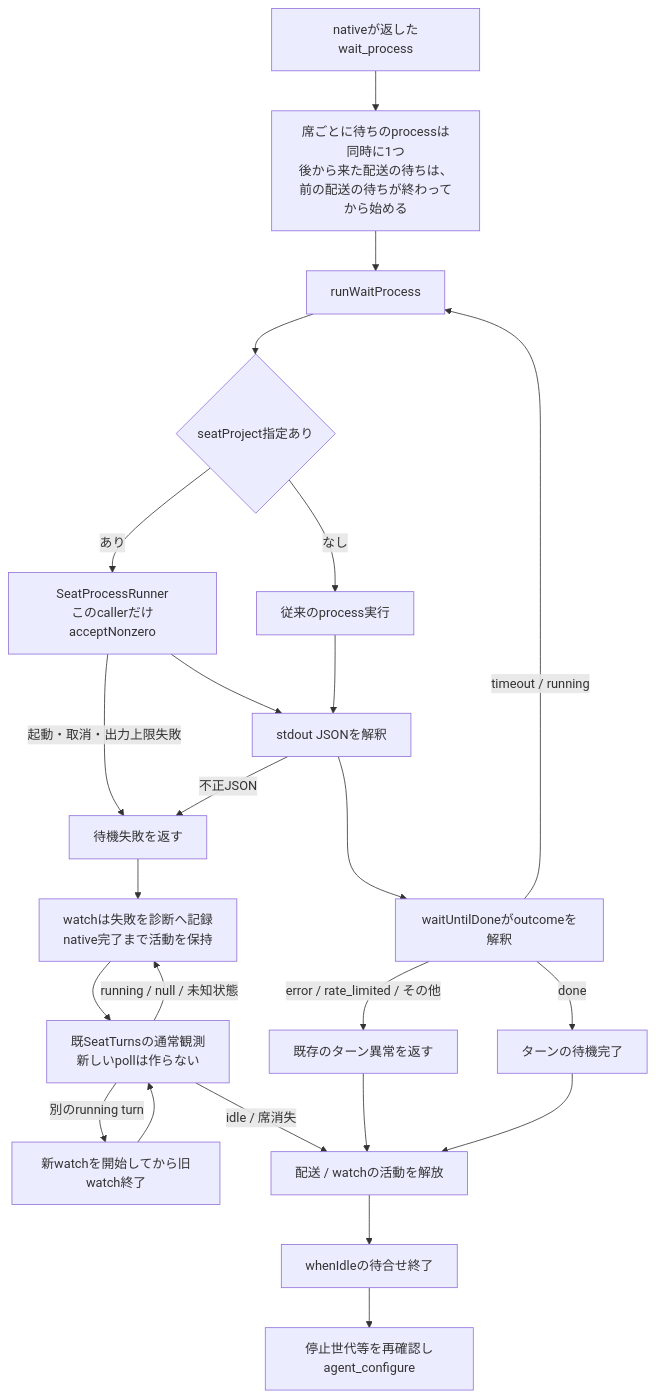
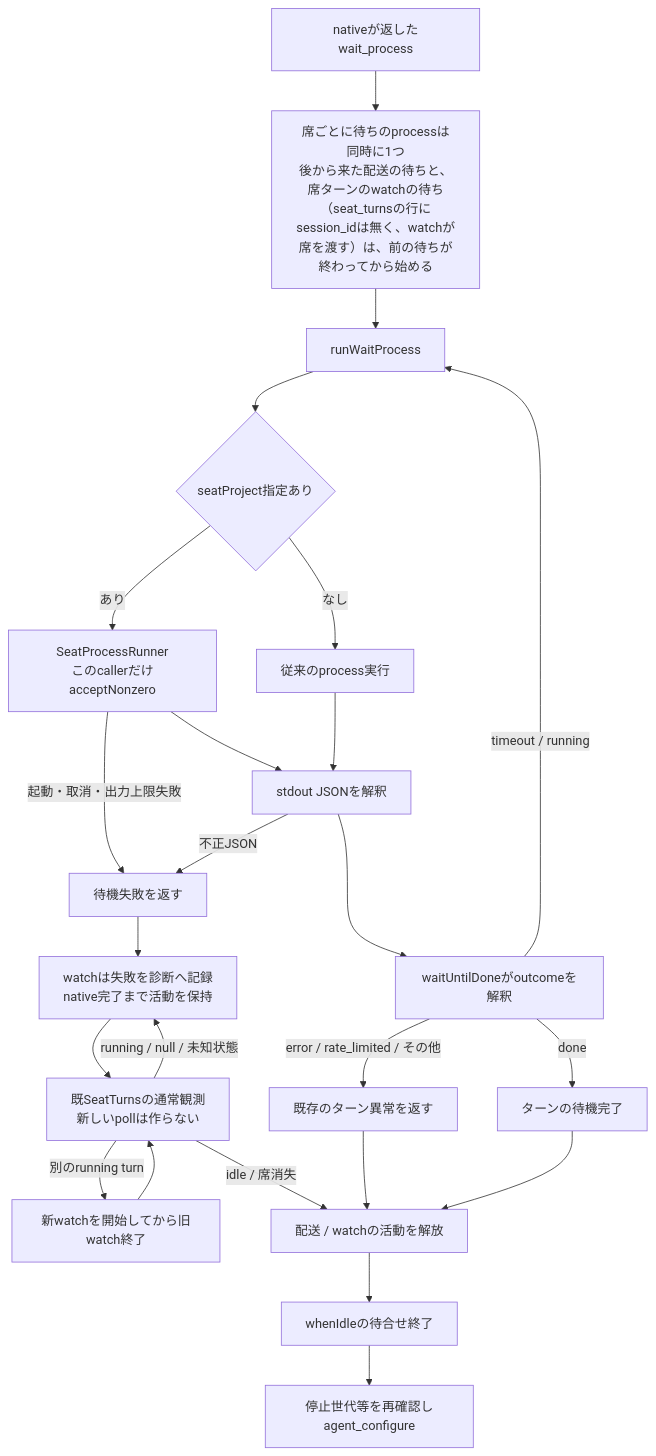
The first of 6 diagrams in docs/architecture/modules/execution/wait-contract.md (kitepon/BellTeam), drawn with Mermaid before and after one commit. The commit also changed 2 other files, not shown here.

Commit message:
execution: a watched seat turn queues its wait behind the seat's other waits (seat_turns rows carry no session_id)
Z213 live: three aiterm-wait-cli.js for one seat; the watch called waitUntilDone(turn) and the gate keyed on receipt.session_id, undefined for a turn row, so it skipped the gate.

````diff
--- a/docs/architecture/modules/execution/wait-contract.md
+++ b/docs/architecture/modules/execution/wait-contract.md
@@ -9,26 +9,26 @@
 ```mermaid
 flowchart TD
-  Descriptor["nativeが返したwait_process"] --> Share["席ごとに待ちのprocessは同時に1つ<br/>後から来た配送の待ちは、前の配送の待ちが終わってから始める"]
+  Descriptor["nativeが返したwait_process"] --> Share["席ごとに待ちのprocessは同時に1つ<br/>後から来た配送の待ちと、席ターンのwatchの待ち（seat_turnsの行にsession_idは無く、watchが席を渡す）は、前の待ちが終わってから始める"]
   Share --> Caller["runWaitProcess"]
   Caller --> Seat{"seatProject指定あり"}
   Seat -->|"あり"| Runner["SeatProcessRunner<br/>このcallerだけacceptNonzero"]
   Seat -->|"なし"| Spawn["従来のprocess実行"]
   Runner --> JSON["stdout JSONを解釈"]
   Spawn --> JSON
   Runner -->|"起動・取消・出力上限失敗"| Failure["待機失敗を返す"]
   JSON -->|"不正JSON"| Failure
   JSON --> Outcome["waitUntilDoneがoutcomeを解釈"]
   Outcome -->|"timeout / running"| Caller
   Outcome -->|"done"| Complete["ターンの待機完了"]
   Outcome -->|"error / rate_limited / その他"| TurnFailure["既存のターン異常を返す"]
   Failure --> FailedWatch["watchは失敗を診断へ記録<br/>native完了まで活動を保持"]
   FailedWatch --> Poll["既SeatTurnsの通常観測<br/>新しいpollは作らない"]
   Poll -->|"running / null / 未知状態"| FailedWatch
   Poll -->|"別のrunning turn"| Handoff["新watchを開始してから旧watch終了"]
   Handoff --> Poll
   Poll -->|"idle / 席消失"| Release
   TurnFailure --> Release
   Complete --> Release["配送 / watchの活動を解放"]
   Release --> Idle["whenIdleの待合せ終了"]
   Idle --> Configure["停止世代等を再確認しagent_configure"]
 ```
````
